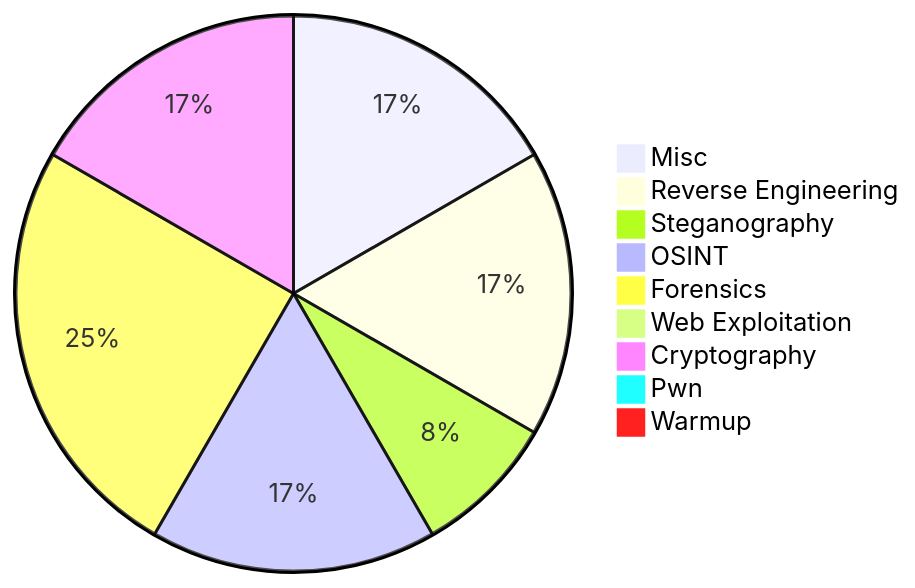
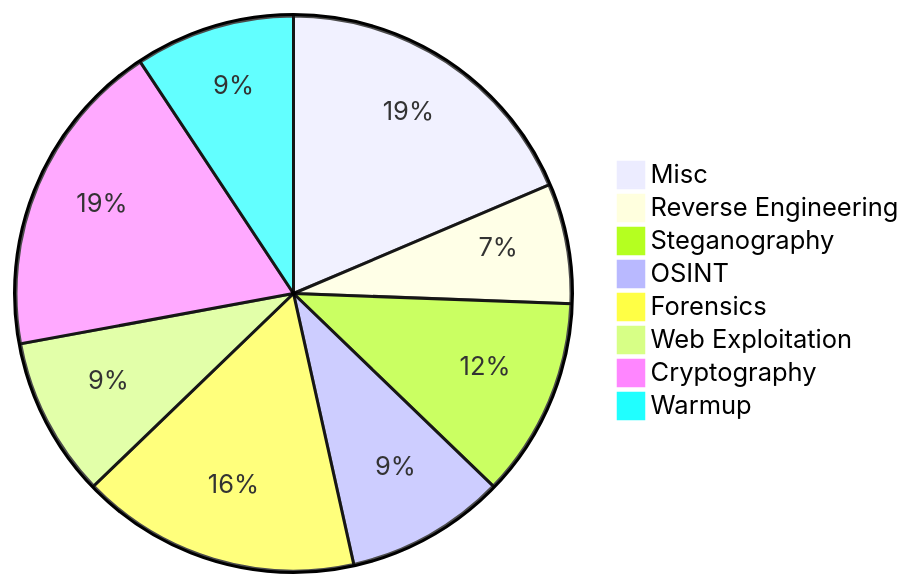
One commit to jkkniucsc/JKKNIU_CTF_2024 changed the diagram in ReadMe.md. Above: the diagram before and after it, drawn with Mermaid. The commit also changed other lines of this file, not shown here.

````diff
--- a/ReadMe.md
+++ b/ReadMe.md
@@ -19,12 +18,11 @@
 ```mermaid
 pie
-"Misc": 13.33
-"Reverse Engineering": 13.33
-"Steganography": 6.67
-"OSINT": 13.33
-"Forensics": 20.00
-"Web Exploitation": 0
-"Cryptography": 13.33
-"Pwn": 0
-"Warmup": 0
+"Misc": 18.60
+"Reverse Engineering": 6.98
+"Steganography": 11.63
+"OSINT": 9.3
+"Forensics": 16.28
+"Web Exploitation": 9.3
+"Cryptography": 18.60
+"Warmup": 9.3
 ```
````
